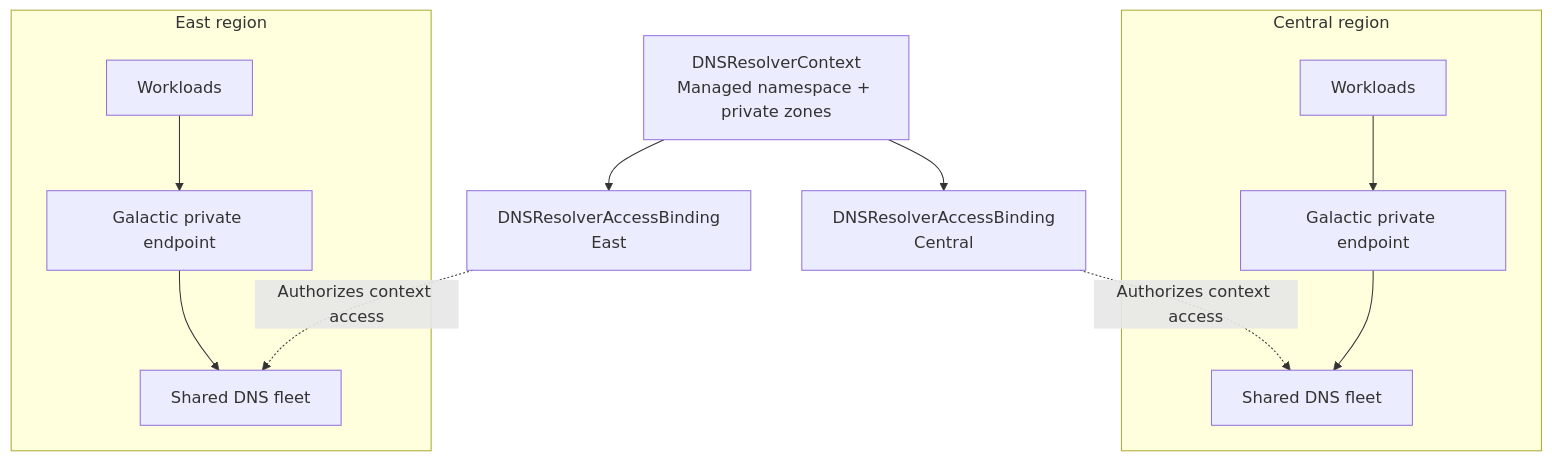
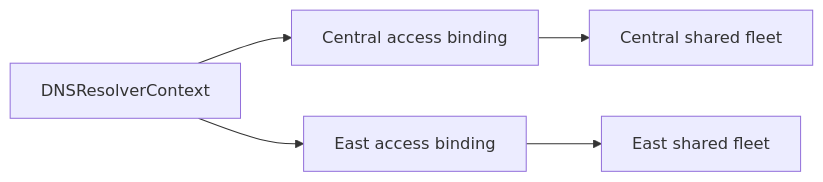
Before and after one commit to datum-cloud/dns-operator: the second of 4 diagrams in docs/architecture/internal-dns/README.md, drawn with Mermaid. The commit also changed other lines of this file and 2 other files, not shown here.

Commit message:
docs: document internal DNS architecture and API contracts

````diff
--- a/docs/architecture/internal-dns/README.md
+++ b/docs/architecture/internal-dns/README.md
@@ -60,16 +65,7 @@
 ```mermaid
-flowchart TB
-  C["DNSResolverContext<br/>Managed namespace + private zones"]
-  C --> AC["DNSResolverAccessBinding<br/>Central"]
-  C --> AE["DNSResolverAccessBinding<br/>East"]
-  subgraph Central[Central region]
-    WC[Workloads] --> GC[Galactic private endpoint]
-    GC --> FC[Shared DNS fleet]
-  end
-  subgraph East[East region]
-    WE[Workloads] --> GE[Galactic private endpoint]
-    GE --> FE[Shared DNS fleet]
-  end
-  AC -.->|Authorizes context access| FC
-  AE -.->|Authorizes context access| FE
+flowchart LR
+  C[DNSResolverContext] --> AC[Central access binding]
+  C --> AE[East access binding]
+  AC --> FC[Central shared fleet]
+  AE --> FE[East shared fleet]
 ```
````
